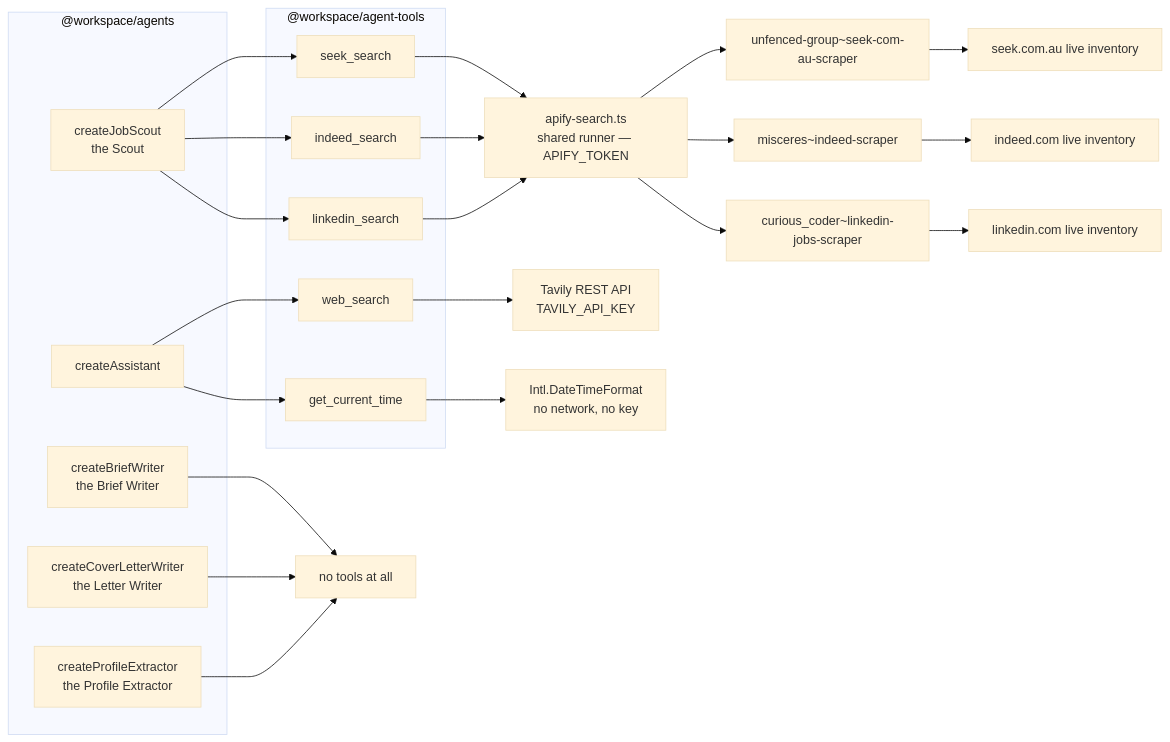
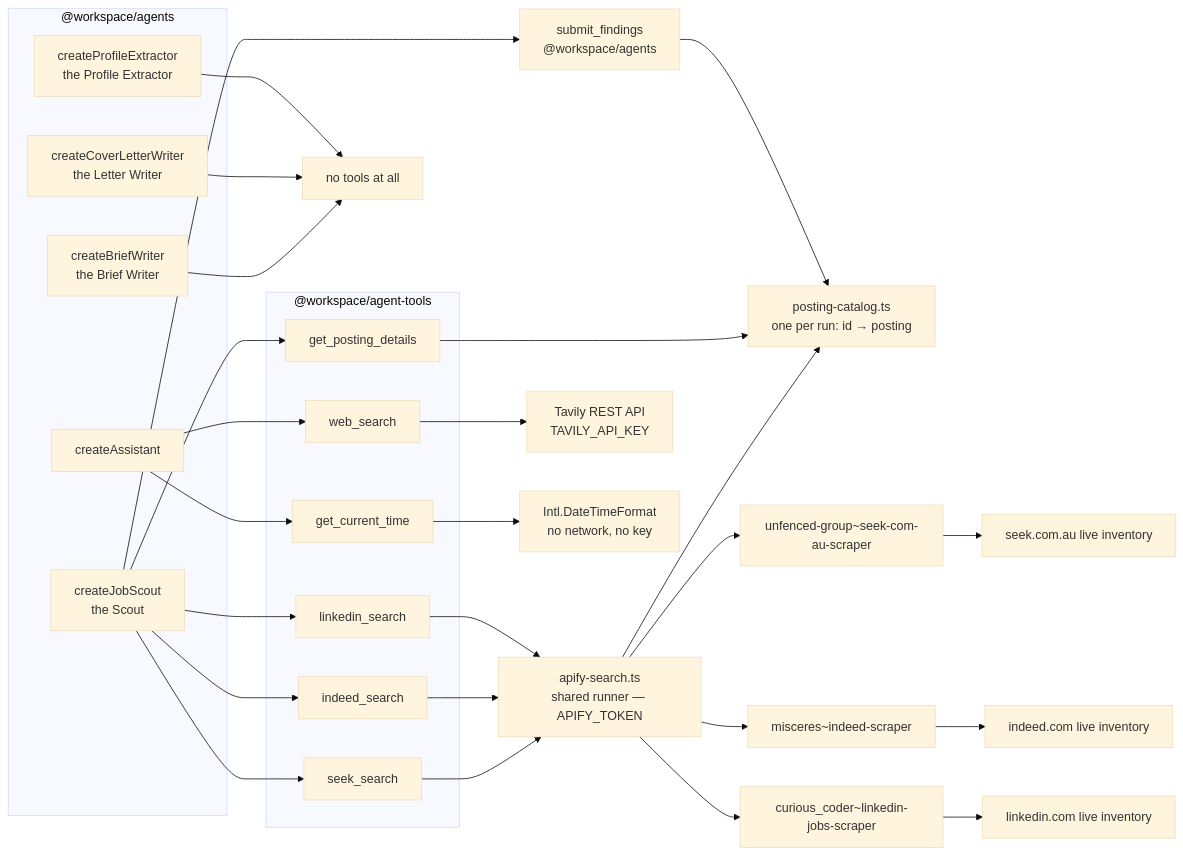
One commit to sunnyeyles/control-panel changed the third of 5 diagrams in docs/agent-architecture.md. Above: the diagram before and after it, drawn with Mermaid (base theme). The commit also changed other lines of this file and 36 other files, not shown here.

````diff
--- a/docs/agent-architecture.md
+++ b/docs/agent-architecture.md
@@ -116,41 +116,47 @@
 ```mermaid
 flowchart LR
     subgraph named ["@workspace/agents"]
         SCOUT["createJobScout<br/>the Scout"]
         BW["createBriefWriter<br/>the Brief Writer"]
         CLW["createCoverLetterWriter<br/>the Letter Writer"]
         PE["createProfileExtractor<br/>the Profile Extractor"]
         ASST["createAssistant"]
     end
 
     subgraph catalog ["@workspace/agent-tools"]
         SEEK["seek_search"]
         IND["indeed_search"]
         LI["linkedin_search"]
+        DET["get_posting_details"]
         WEB["web_search"]
         TIME["get_current_time"]
     end
 
     NONE["no tools at all"]
 
     SCOUT --> SEEK
     SCOUT --> IND
     SCOUT --> LI
+    SCOUT --> DET
+    SCOUT --> SUB["submit_findings<br/>@workspace/agents"]
     ASST --> WEB
     ASST --> TIME
     BW --> NONE
     CLW --> NONE
     PE --> NONE
 
     SEEK --> RUN["apify-search.ts<br/>shared runner — APIFY_TOKEN"]
     IND --> RUN
     LI --> RUN
+    RUN --> CAT["posting-catalog.ts<br/>one per run: id → posting"]
+    DET --> CAT
+    SUB --> CAT
     RUN --> A1["unfenced-group~seek-com-au-scraper"]
     RUN --> A2["misceres~indeed-scraper"]
     RUN --> A3["curious_coder~linkedin-jobs-scraper"]
     A1 --> L1["seek.com.au live inventory"]
     A2 --> L2["indeed.com live inventory"]
     A3 --> L3["linkedin.com live inventory"]
     WEB --> TAV["Tavily REST API<br/>TAVILY_API_KEY"]
     TIME --> INTL["Intl.DateTimeFormat<br/>no network, no key"]
 ```
````
